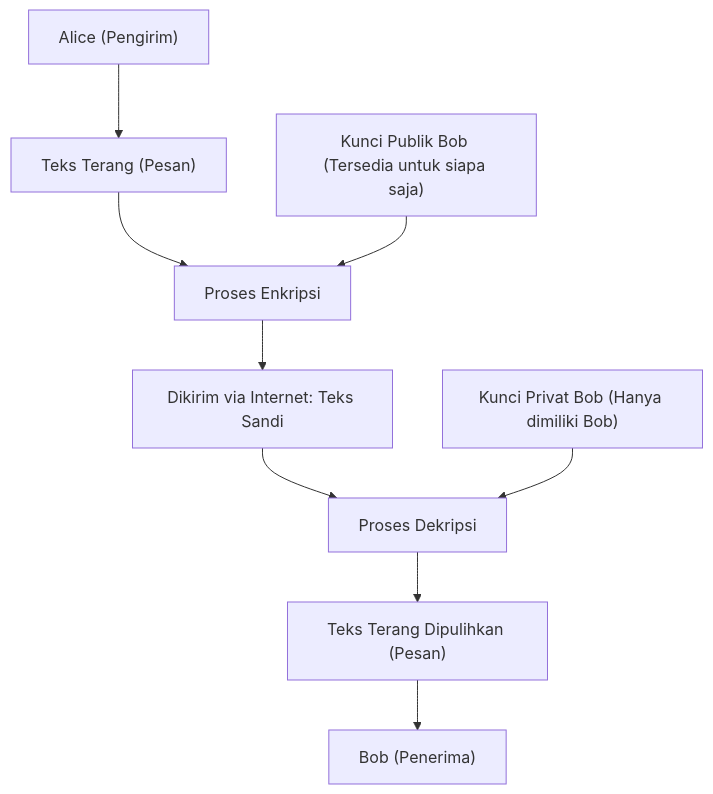
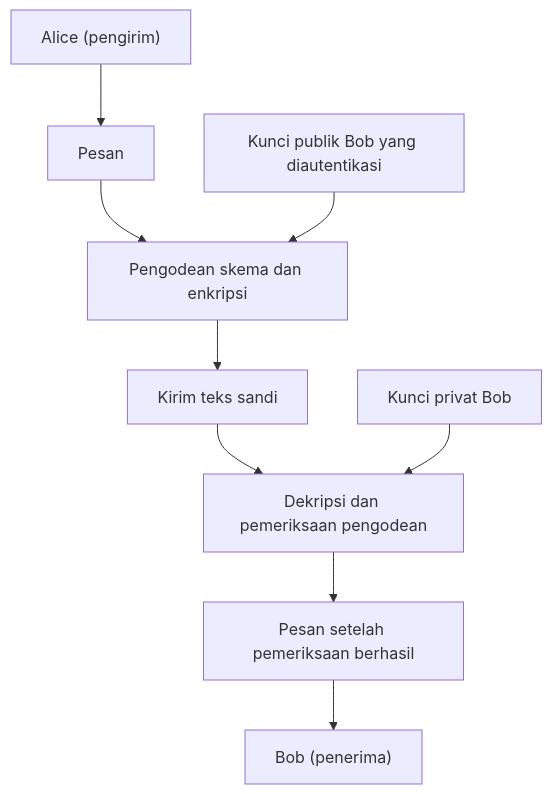
Before and after one commit to kenjinote/blog: the first of 3 diagrams in content/post/rsa暗号の仕組みを高校生でもわかるように説明する/index.id.md, drawn with Mermaid. The commit also changed other lines of this file and 5 other files, not shown here.

````diff
--- a/content/post/rsa暗号の仕組みを高校生でもわかるように説明する/index.id.md
+++ b/content/post/rsa暗号の仕組みを高校生でもわかるように説明する/index.id.md
@@ -45,11 +23,11 @@
 ```mermaid
 graph TD
-    A["Alice (Pengirim)"] --> B["Teks Terang (Pesan)"]
-    B --> C["Proses Enkripsi"]
-    D["Kunci Publik Bob (Tersedia untuk siapa saja)"] --> C
-    C --> E["Dikirim via Internet: Teks Sandi"]
-    E --> F["Proses Dekripsi"]
-    G["Kunci Privat Bob (Hanya dimiliki Bob)"] --> F
-    F --> H["Teks Terang Dipulihkan (Pesan)"]
-    H --> I["Bob (Penerima)"]
+    A["Alice (pengirim)"] --> B["Pesan"]
+    B --> C["Pengodean skema dan enkripsi"]
+    D["Kunci publik Bob yang diautentikasi"] --> C
+    C --> E["Kirim teks sandi"]
+    E --> F["Dekripsi dan pemeriksaan pengodean"]
+    G["Kunci privat Bob"] --> F
+    F --> H["Pesan setelah pemeriksaan berhasil"]
+    H --> I["Bob (penerima)"]
 ```
````
